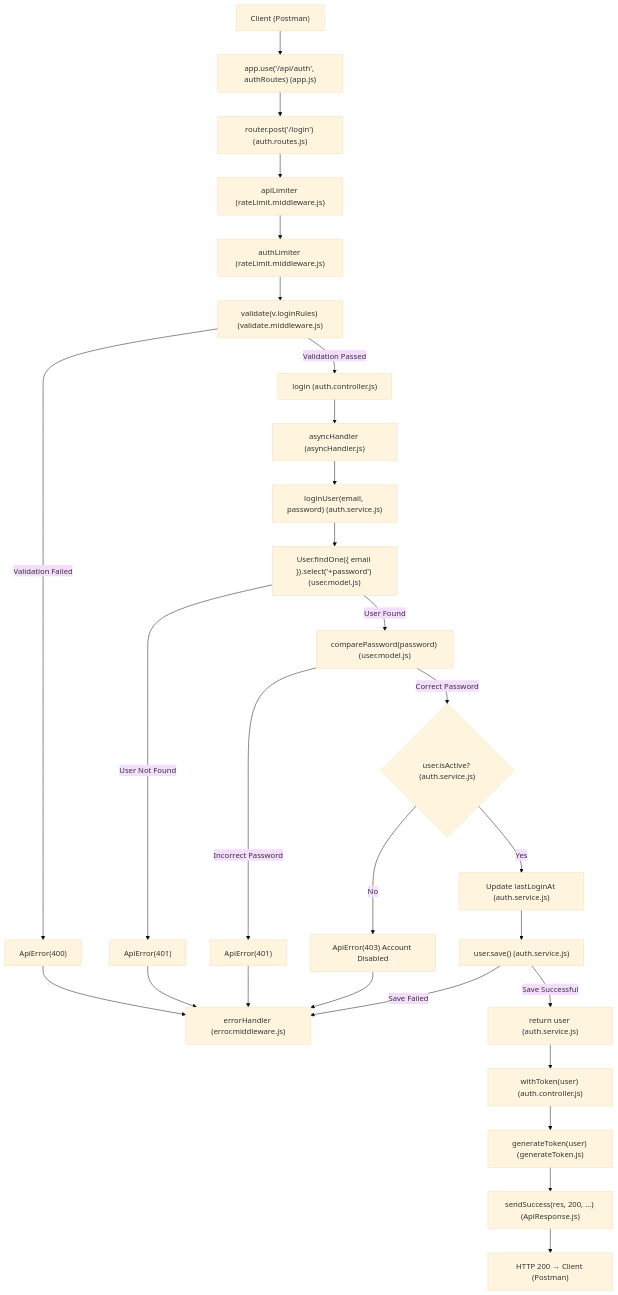
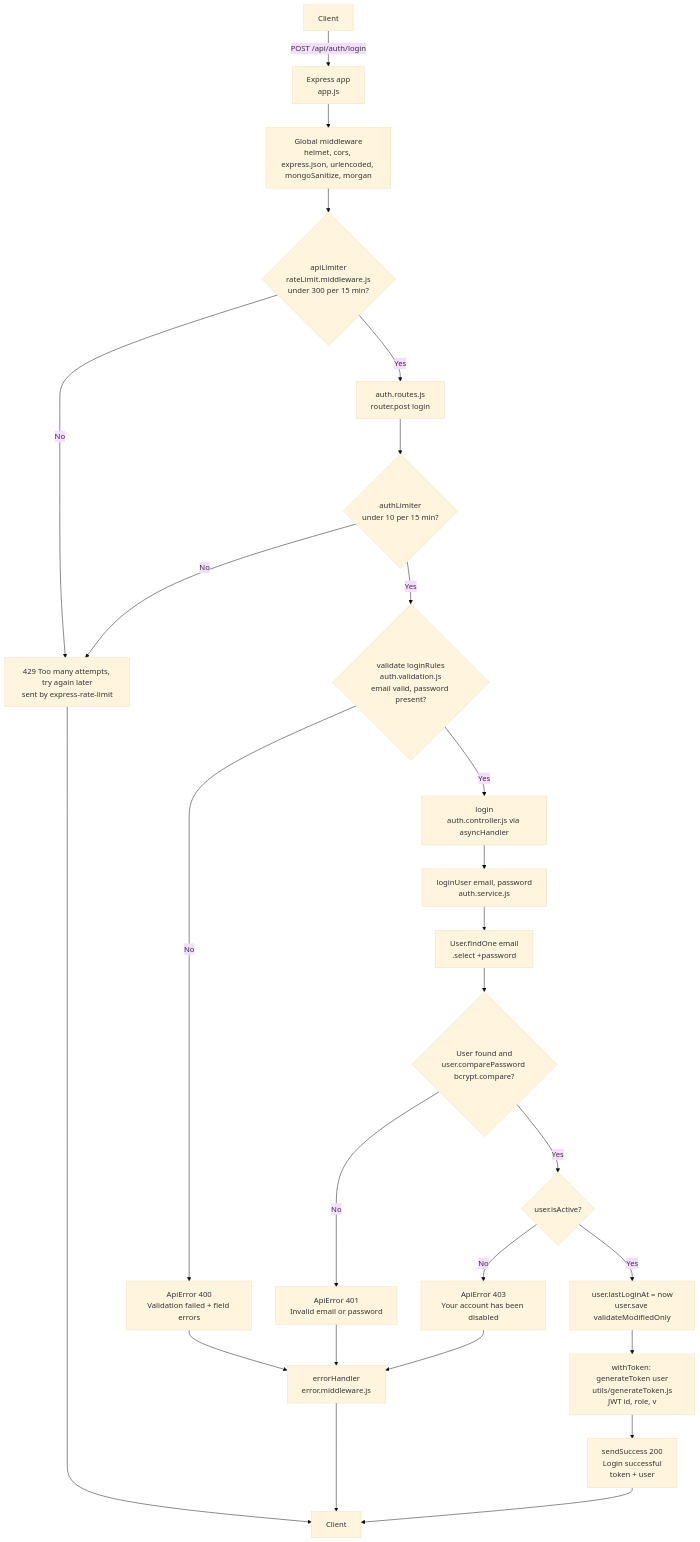
The diagram in docs/flow/auth/user-login.md (ehtman/ecommerce-site), drawn with Mermaid (base theme) before and after one commit. The commit also changed 89 other files, not shown here.

````diff
--- a/docs/flow/auth/user-login.md
+++ b/docs/flow/auth/user-login.md
@@ -1,38 +5,28 @@
 ```mermaid
 flowchart TD
-    A["Client (Postman)"] --> B["app.use('/api/auth', authRoutes) (app.js)"]
-    B --> C["router.post('/login') (auth.routes.js)"]
-    C --> D["apiLimiter (rateLimit.middleware.js)"]
-    D --> E["authLimiter (rateLimit.middleware.js)"]
-    E --> F["validate(v.loginRules) (validate.middleware.js)"]
-
-    F -->|Validation Failed| ERR1["ApiError(400)"]
-    ERR1 --> EH["errorHandler (error.middleware.js)"]
-
-    F -->|Validation Passed| G["login (auth.controller.js)"]
-    G --> H["asyncHandler (asyncHandler.js)"]
-    H --> I["loginUser(email, password) (auth.service.js)"]
-    I --> J["User.findOne({ email }).select('+password') (user.model.js)"]
-
-    J -->|User Not Found| ERR2["ApiError(401)"]
-    J -->|User Found| K["comparePassword(password) (user.model.js)"]
-
-    K -->|Incorrect Password| ERR3["ApiError(401)"]
-    K -->|Correct Password| L{"user.isActive? (auth.service.js)"}
-
-    L -->|No| ERR4["ApiError(403) Account Disabled"]
-    L -->|Yes| M["Update lastLoginAt (auth.service.js)"]
-
-    M --> N["user.save() (auth.service.js)"]
-    N -->|Save Failed| EH
-    N -->|Save Successful| O["return user (auth.service.js)"]
-
-    O --> P["withToken(user) (auth.controller.js)"]
-    P --> Q["generateToken(user) (generateToken.js)"]
-    Q --> R["sendSuccess(res, 200, ...) (ApiResponse.js)"]
-    R --> S["HTTP 200 → Client (Postman)"]
-
-    ERR2 --> EH
-    ERR3 --> EH
-    ERR4 --> EH
+    A[Client] -->|POST /api/auth/login| B[Express app<br/>app.js]
+    B --> C["Global middleware<br/>helmet, cors, express.json, urlencoded, mongoSanitize, morgan"]
+    C --> L0{"apiLimiter<br/>rateLimit.middleware.js<br/>under 300 per 15 min?"}
+    L0 -->|No| RL["429 Too many attempts, try again later<br/>sent by express-rate-limit"]
+    L0 -->|Yes| RT["auth.routes.js<br/>router.post login"]
+    RT --> L1{"authLimiter<br/>under 10 per 15 min?"}
+    L1 -->|No| RL
+    L1 -->|Yes| V{"validate loginRules<br/>auth.validation.js<br/>email valid, password present?"}
+    V -->|No| E1["ApiError 400<br/>Validation failed + field errors"]
+    V -->|Yes| CT["login<br/>auth.controller.js via asyncHandler"]
+    CT --> S1["loginUser email, password<br/>auth.service.js"]
+    S1 --> DB1["User.findOne email<br/>.select +password"]
+    DB1 --> D1{"User found and<br/>user.comparePassword bcrypt.compare?"}
+    D1 -->|No| E2["ApiError 401<br/>Invalid email or password"]
+    D1 -->|Yes| D2{"user.isActive?"}
+    D2 -->|No| E3["ApiError 403<br/>Your account has been disabled"]
+    D2 -->|Yes| DB2["user.lastLoginAt = now<br/>user.save validateModifiedOnly"]
+    DB2 --> T["withToken: generateToken user<br/>utils/generateToken.js<br/>JWT id, role, v"]
+    T --> OK["sendSuccess 200<br/>Login successful<br/>token + user"]
+    OK --> R[Client]
+    E1 --> EH[errorHandler<br/>error.middleware.js]
+    E2 --> EH
+    E3 --> EH
+    EH --> R
+    RL --> R
 ```
````
